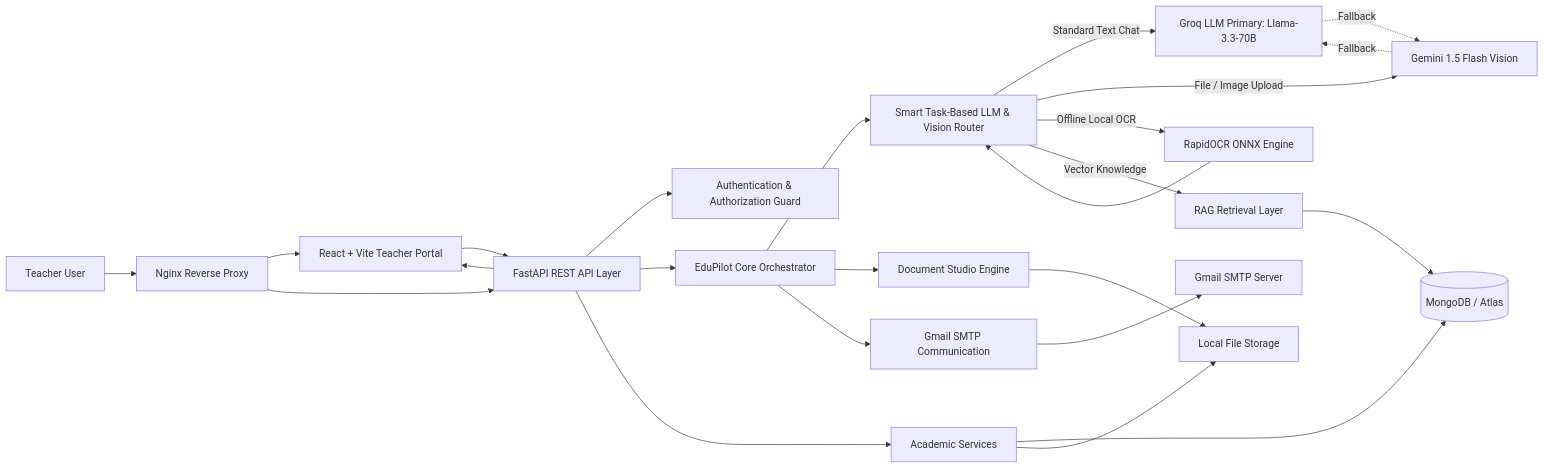
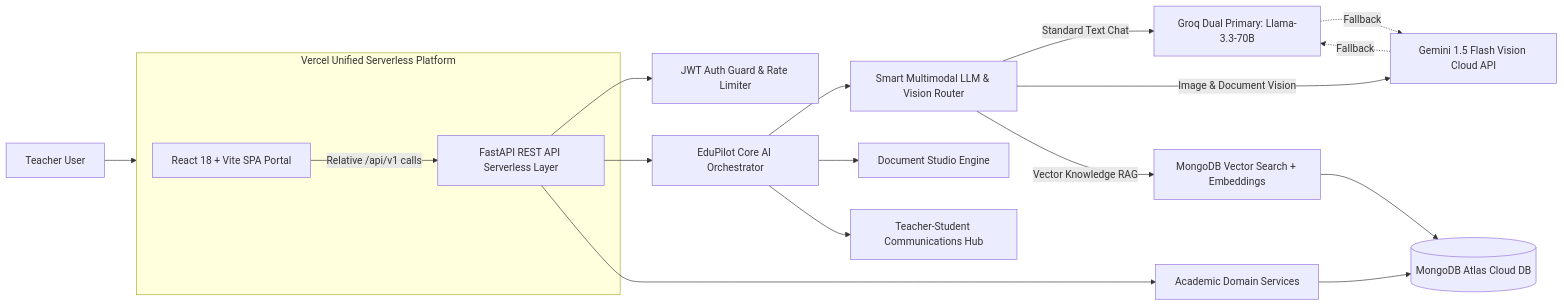
The first of 3 diagrams in ARCHITECTURE.md (Babin123456/EduPilot-AI), drawn with Mermaid before and after one commit. The commit also changed 2 other files, not shown here.

Commit message:
docs: update system architecture and deployment instructions for unified Vercel platform deployment

````diff
--- a/ARCHITECTURE.md
+++ b/ARCHITECTURE.md
@@ -22,35 +24,30 @@
 ```mermaid
 flowchart LR
-    T[Teacher User] --> NGINX[Nginx Reverse Proxy]
-    NGINX --> FE[React + Vite Teacher Portal]
-    NGINX --> API[FastAPI REST API Layer]
+    T[Teacher User] --> VERCEL[Vercel Serverless Edge Platform]
+    
+    subgraph VERCEL[Vercel Unified Serverless Platform]
+        FE[React 18 + Vite SPA Portal]
+        API[FastAPI REST API Serverless Layer]
+    end
 
-    FE --> API
+    FE -->|Relative /api/v1 calls| API
 
-    API --> AUTH[Authentication & Authorization Guard]
-    API --> CORE[EduPilot Core Orchestrator]
-    API --> SERVICES[Academic Services]
+    API --> AUTH[JWT Auth Guard & Rate Limiter]
+    API --> CORE[EduPilot Core AI Orchestrator]
+    API --> SERVICES[Academic Domain Services]
 
-    SERVICES --> DB[(MongoDB / Atlas)]
-    SERVICES --> STORE[Local File Storage]
+    SERVICES --> DB[(MongoDB Atlas Cloud DB)]
 
-    CORE --> ROUTER[Smart Task-Based LLM & Vision Router]
-    ROUTER -->|Standard Text Chat| GROQ[Groq LLM Primary: Llama-3.3-70B]
-    ROUTER -->|File / Image Upload| GEMINI[Gemini 1.5 Flash Vision]
-    ROUTER -->|Offline Local OCR| OCR[RapidOCR ONNX Engine]
-    ROUTER -->|Vector Knowledge| RAG[RAG Retrieval Layer]
+    CORE --> ROUTER[Smart Multimodal LLM & Vision Router]
+    ROUTER -->|Standard Text Chat| GROQ[Groq Dual Primary: Llama-3.3-70B]
+    ROUTER -->|Image & Document Vision| GEMINI[Gemini 1.5 Flash Vision Cloud API]
+    ROUTER -->|Vector Knowledge RAG| RAG[MongoDB Vector Search + Embeddings]
 
     GROQ -.->|Fallback| GEMINI
     GEMINI -.->|Fallback| GROQ
-    OCR --> ROUTER
 
     RAG --> DB
 
     CORE --> DOC[Document Studio Engine]
-    CORE --> COMM[Gmail SMTP Communication]
-
-    DOC --> STORE
-    COMM --> MAIL[Gmail SMTP Server]
-
-    API --> FE
+    CORE --> COMM[Teacher-Student Communications Hub]
 ```
````
